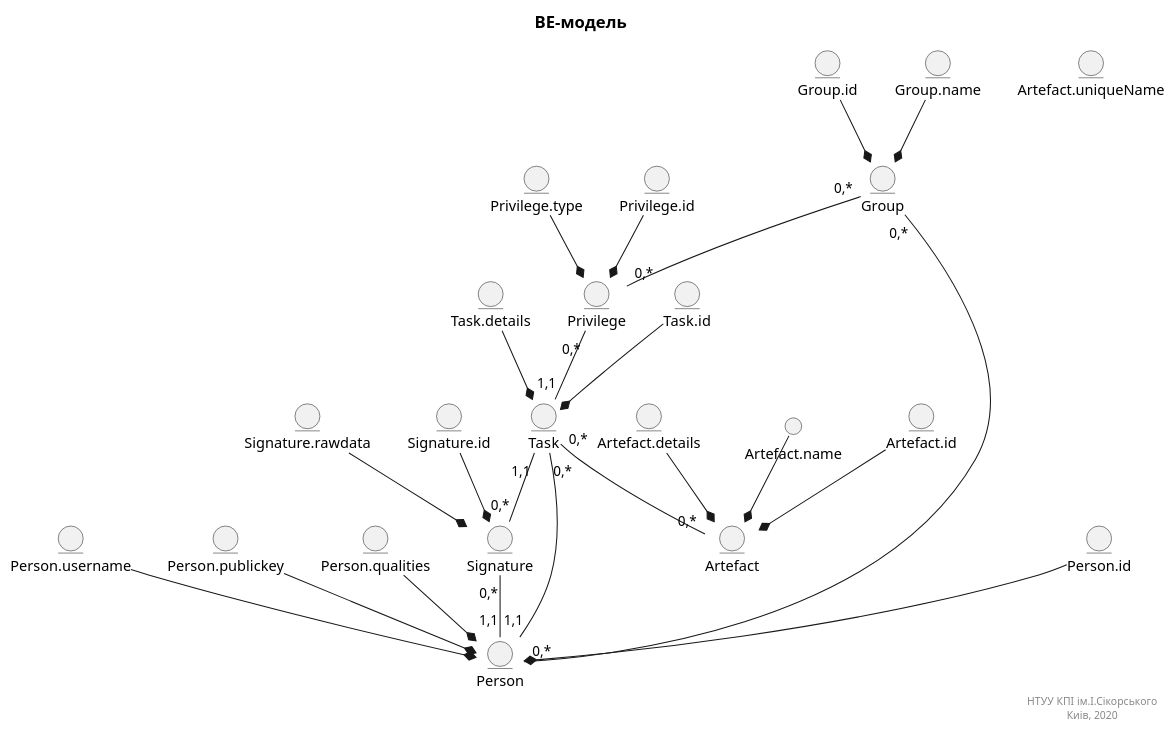
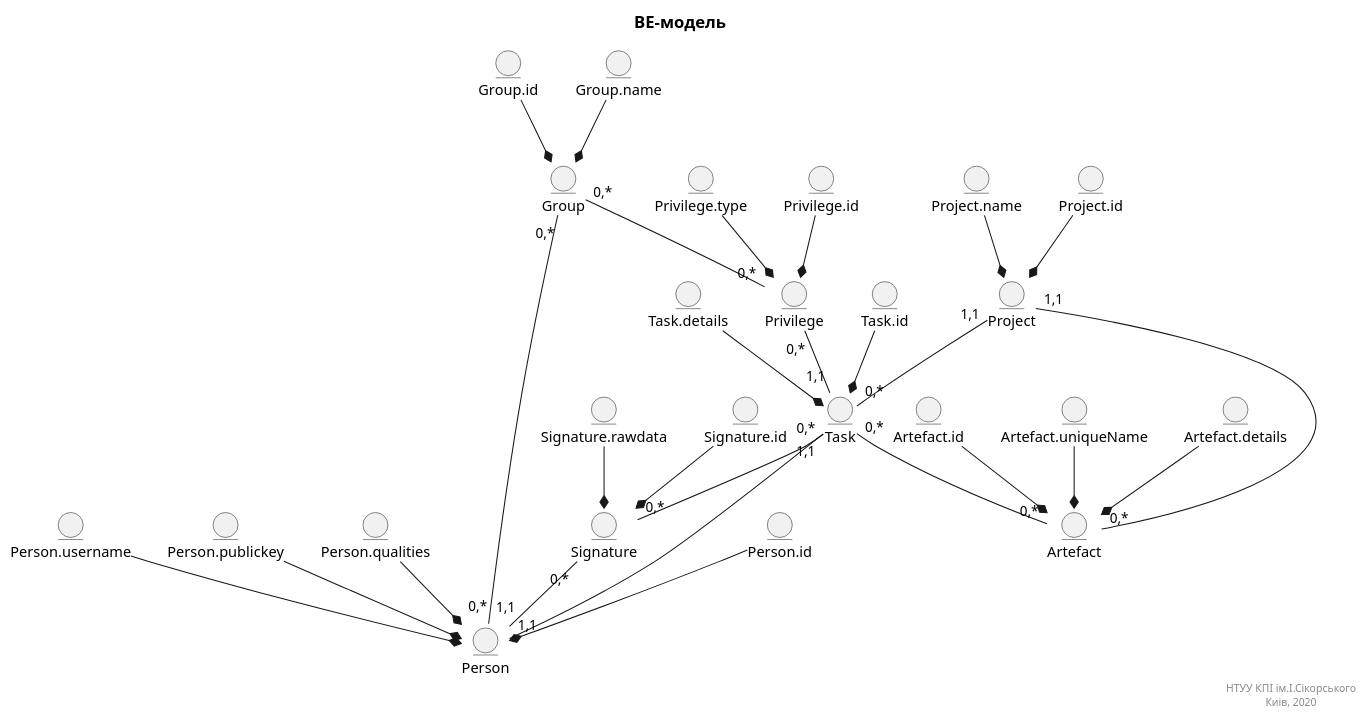
One commit to Jirobus/Core changed the diagram in docs/puml/BEM/bem.puml. Above: the diagram before and after it, drawn with PlantUML. The commit also changed 1 other file, not shown here.

Commit message:
Added Project entity

```diff
--- a/docs/puml/BEM/bem.puml
+++ b/docs/puml/BEM/bem.puml
@@ -1,67 +1,75 @@
 @startuml BEM
 title
 <font size=16 color=black>BE-модель
 end title
 
 entity Person
 entity Person.id
 entity Person.username
 entity Person.publickey
 entity Person.qualities
 
 Person.id --* Person
 Person.username --* Person
 Person.publickey --* Person
 Person.qualities --* Person
 
 entity Group
 entity Group.id
 entity Group.name
 
 Group.id --* Group
 Group.name --* Group
 
 entity Privilege
 entity Privilege.id
 entity Privilege.type
 
 Privilege.id --* Privilege
 Privilege.type --* Privilege
 
 entity Task
 entity Task.id
 entity Task.details
 
 Task.id --* Task
 Task.details --* Task
 
 entity Signature
 entity Signature.id
 entity Signature.rawdata
 
 Signature.id --* Signature
 Signature.rawdata --* Signature
 
 entity Artefact
 entity Artefact.id
 entity Artefact.uniqueName
 entity Artefact.details
 
 Artefact.id --* Artefact
-Artefact.name --* Artefact
+Artefact.uniqueName --* Artefact
 Artefact.details --* Artefact
+
+entity Project
+entity Project.id
+entity Project.name
+
+Project.id --* Project
+Project.name --* Project
 
 Signature "0,*"--"1,1" Person
 Group "0,*"--"0,*" Person
 Group "0,*"--"0,*" Privilege
 Privilege "0,*"--"1,1" Task
 Task "1,1"--"0,*" Signature
 Task "0,*"-d-"1,1" Person
 Task "0,*"-d-"0,*" Artefact
-
+Project "1,1"--"0,*" Task
+Project "1,1"--"0,*" Artefact
 
 right footer
 НТУУ КПІ ім.І.Сікорського
 Киів, 2020
 end footer
 @enduml
```
